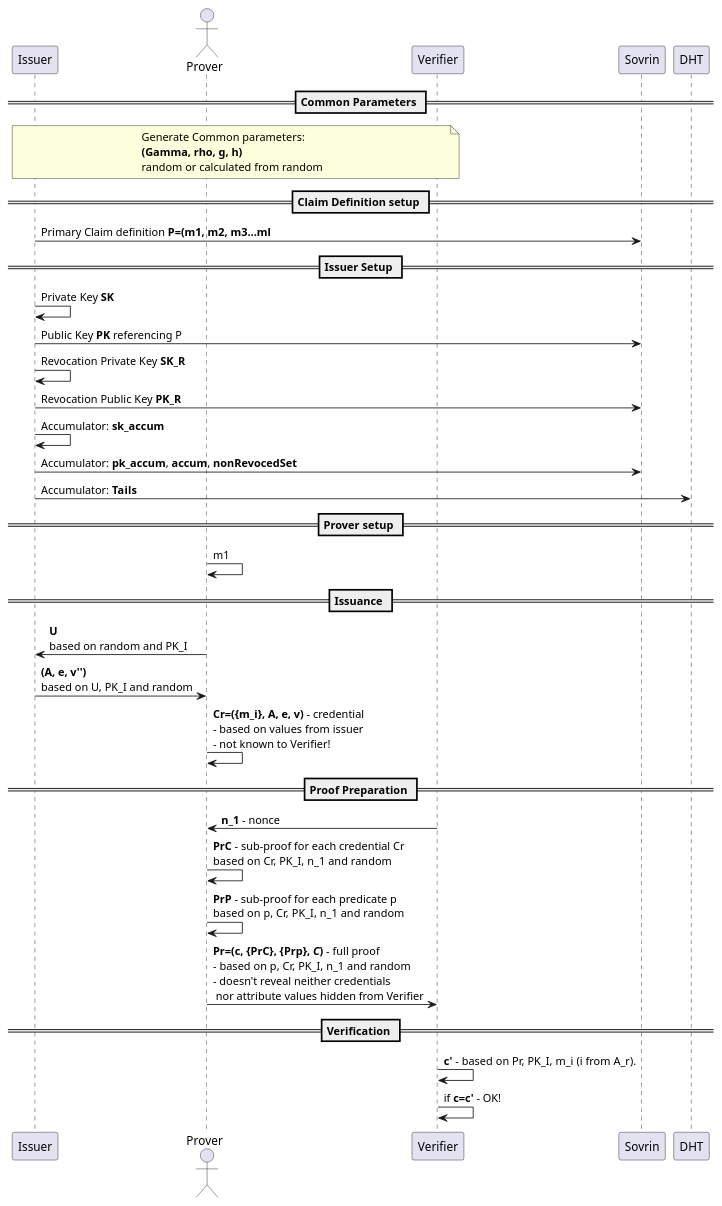
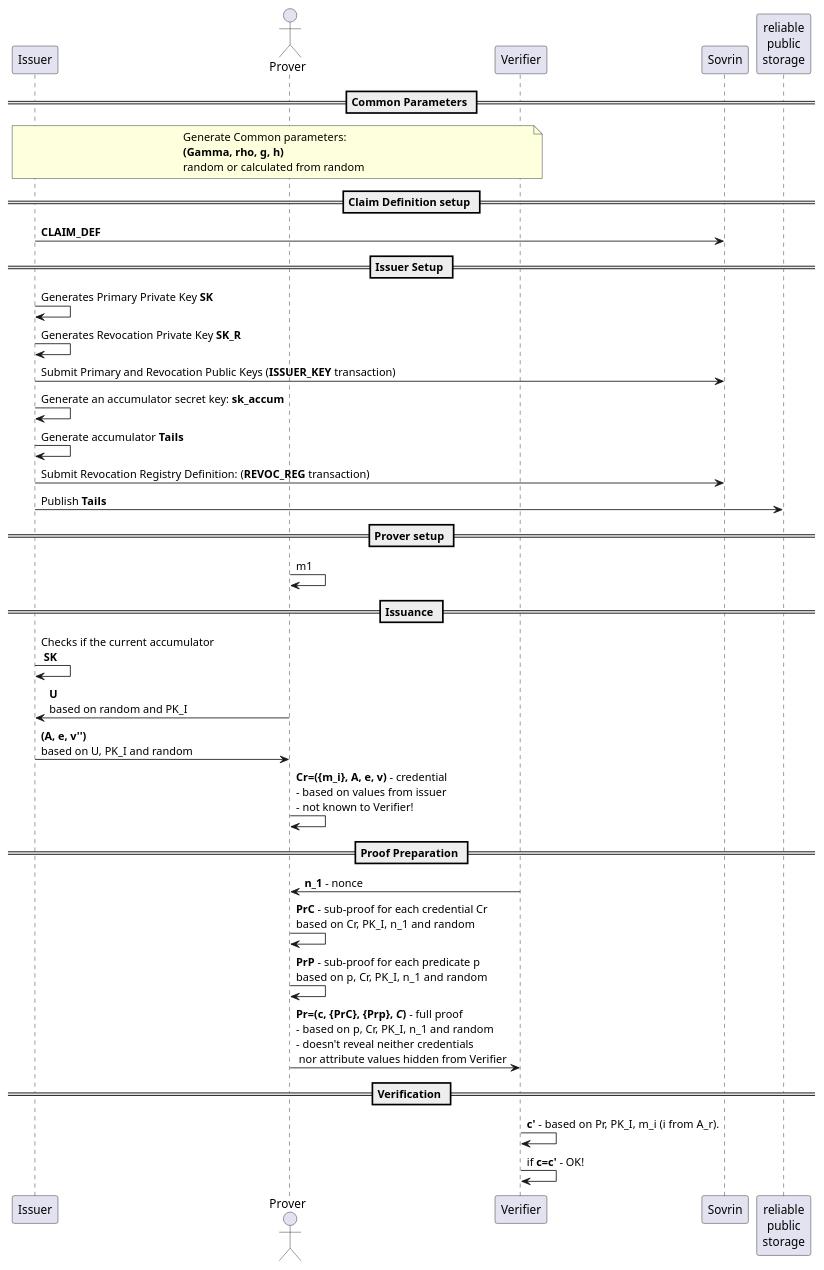
The diagram in docs/diagrams/anoncred_seq_1.puml (hyperledger-archives/indy-anoncreds), drawn with PlantUML before and after one commit.

Commit message:
updates per conversation in Lux

```diff
--- a/docs/diagrams/anoncred_seq_1.puml
+++ b/docs/diagrams/anoncred_seq_1.puml
@@ -1,67 +1,70 @@
 @startuml
 participant "Issuer" as I
 actor Prover as P
 participant "Verifier" as V
 participant "Sovrin" as S
-participant "DHT" as D
+participant "reliable\npublic\nstorage" as D
 
 == Common Parameters ==
 
 note over I, V
     Generate Common parameters:
     **(Gamma, rho, g, h)**
     random or calculated from random
 end note
 
 note over I, V
 end note
 
 == Claim Definition setup ==
 
-I -> S: Primary Claim definition **P=(m1, m2, m3...ml**
+I -> S: **CLAIM_DEF**
 
 == Issuer Setup ==
 
-I -> I: Private Key **SK**
+I -> I: Generates Primary Private Key **SK**
 
-I -> S: Public Key **PK** referencing P
+I -> I: Generates Revocation Private Key **SK_R**
 
-I -> I: Revocation Private Key **SK_R**
+I -> S: Submit Primary and Revocation Public Keys (**ISSUER_KEY** transaction)
 
-I -> S: Revocation Public Key **PK_R**
+I -> I: Generate an accumulator secret key: **sk_accum**
 
-I -> I: Accumulator: **sk_accum**
+I -> I: Generate accumulator **Tails**
 
-I -> S: Accumulator: **pk_accum**, **accum**, **nonRevocedSet**
+I -> S: Submit Revocation Registry Definition: (**REVOC_REG** transaction)
 
-I -> D: Accumulator: **Tails**
+I -> D: Publish **Tails**
+
 
 == Prover setup ==
 P -> P: m1
 
 == Issuance ==
+
+I -> I: Checks if the current accumulator \n **SK**
 
 P -> I: **U**\nbased on random and PK_I
 
 I -> P: **(A, e, v'')**\nbased on U, PK_I and random
 
 P -> P: **Cr=({m_i}, A, e, v)** - credential\n- based on values from issuer\n- not known to Verifier!
 
 == Proof Preparation ==
 
 V -> P: **n_1** - nonce
 
 P -> P: **PrC** - sub-proof for each credential Cr\nbased on Cr, PK_I, n_1 and random
 
 P -> P: **PrP** - sub-proof for each predicate p\nbased on p, Cr, PK_I, n_1 and random
 
 P -> V: **Pr=(c, {PrC}, {Prp}, //C//)** - full proof\n- based on p, Cr, PK_I, n_1 and random\n- doesn't reveal neither credentials\n nor attribute values hidden from Verifier
 
 == Verification ==
 
 V -> V: **c'** - based on Pr, PK_I, m_i (i from A_r).
 
 V -> V: if **c=c'** - OK!
 
 
 @enduml
```
